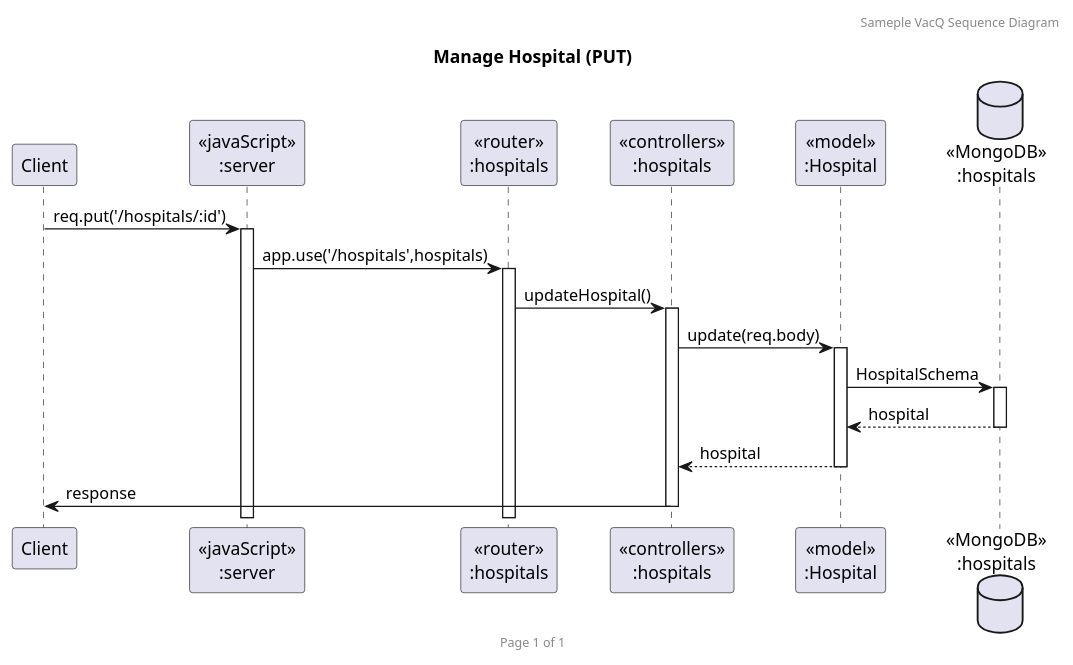
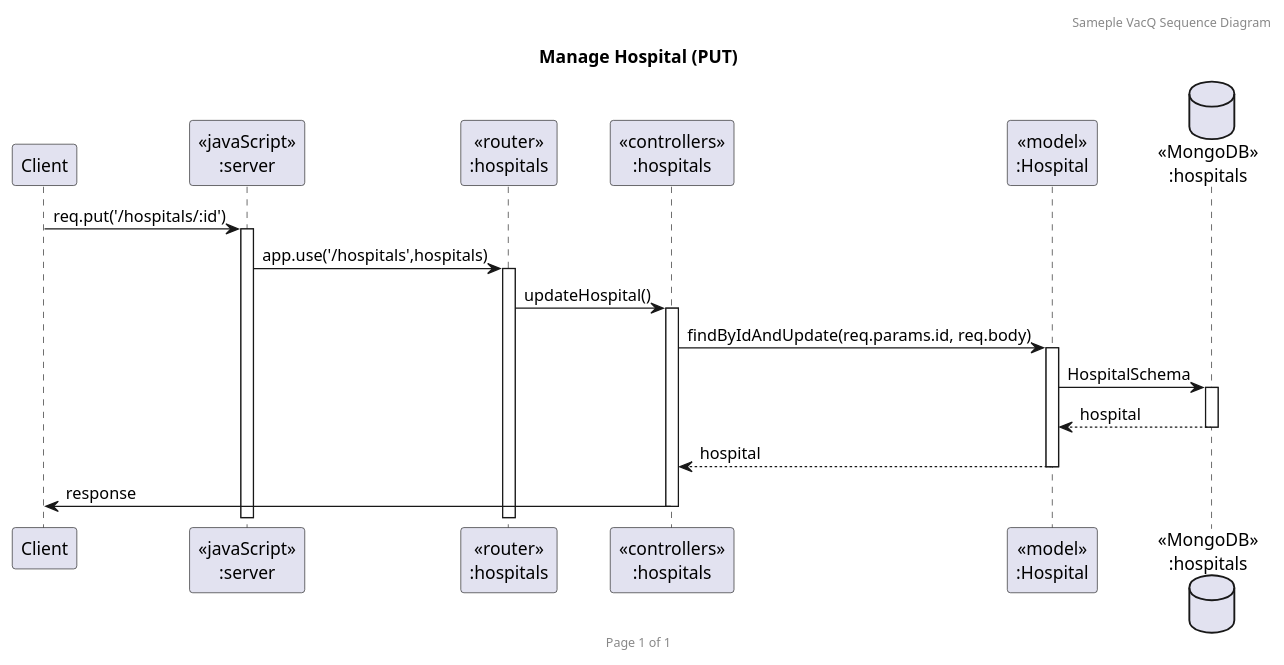
One commit to 2110503TACEDT66/presentation-day-1-samsaomidnight changed the diagram in PlantUml/put.puml. Above: the diagram before and after it, drawn with PlantUML. The commit also changed 3 other files, not shown here.

Commit message:
plantuml change controller

```diff
--- a/PlantUml/put.puml
+++ b/PlantUml/put.puml
@@ -1,23 +1,23 @@
 @startuml Manage Hospital (PUT)
 
 header Sameple VacQ Sequence Diagram
 footer Page %page% of %lastpage%
 title "Manage Hospital (PUT)"
 
 participant "Client" as client
 participant "<<javaScript>>\n:server" as server
 participant "<<router>>\n:hospitals" as routerHospitals
 participant "<<controllers>>\n:hospitals" as controllersHospitals
 participant "<<model>>\n:Hospital" as modelHospital
 database "<<MongoDB>>\n:hospitals" as HospitalsDatabase
 
 client->server ++:req.put('/hospitals/:id')
 server->routerHospitals ++:app.use('/hospitals',hospitals)
 routerHospitals -> controllersHospitals ++:updateHospital()
-controllersHospitals->modelHospital ++:update(req.body)
+controllersHospitals->modelHospital ++:findByIdAndUpdate(req.params.id, req.body)
 modelHospital ->HospitalsDatabase ++: HospitalSchema
 HospitalsDatabase --> modelHospital --: hospital
 controllersHospitals <-- modelHospital --:hospital
 controllersHospitals->client --:response
 
 @enduml
```
